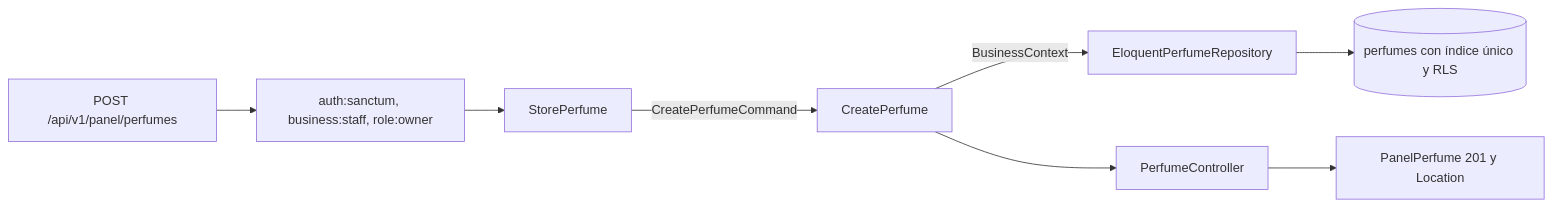
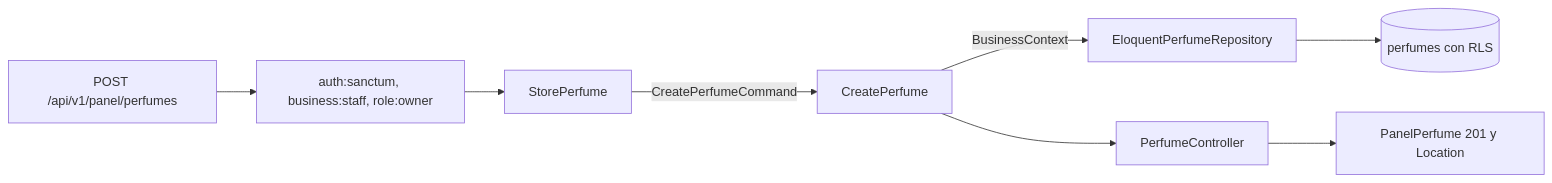
Before and after one commit to JAguilar4k/ArchivumParfums-Hexagonal: the diagram in docs/PerfumesNotesAndEtiquetes.md, drawn with Mermaid. The commit also changed other lines of this file, not shown here.

First line of the commit message:
docs: update the creation of perfumes after the review

````diff
--- a/docs/PerfumesNotesAndEtiquetes.md
+++ b/docs/PerfumesNotesAndEtiquetes.md
@@ -9,10 +22,10 @@
 ```mermaid
 flowchart LR
     P[POST /api/v1/panel/perfumes] --> M[auth:sanctum, business:staff, role:owner]
     M --> F[StorePerfume]
     F -->|CreatePerfumeCommand| U[CreatePerfume]
     U -->|BusinessContext| R[EloquentPerfumeRepository]
-    R --> DB[(perfumes con índice único y RLS)]
+    R --> DB[(perfumes con RLS)]
     U --> C[PerfumeController]
     C --> S[PanelPerfume 201 y Location]
 ```
````
